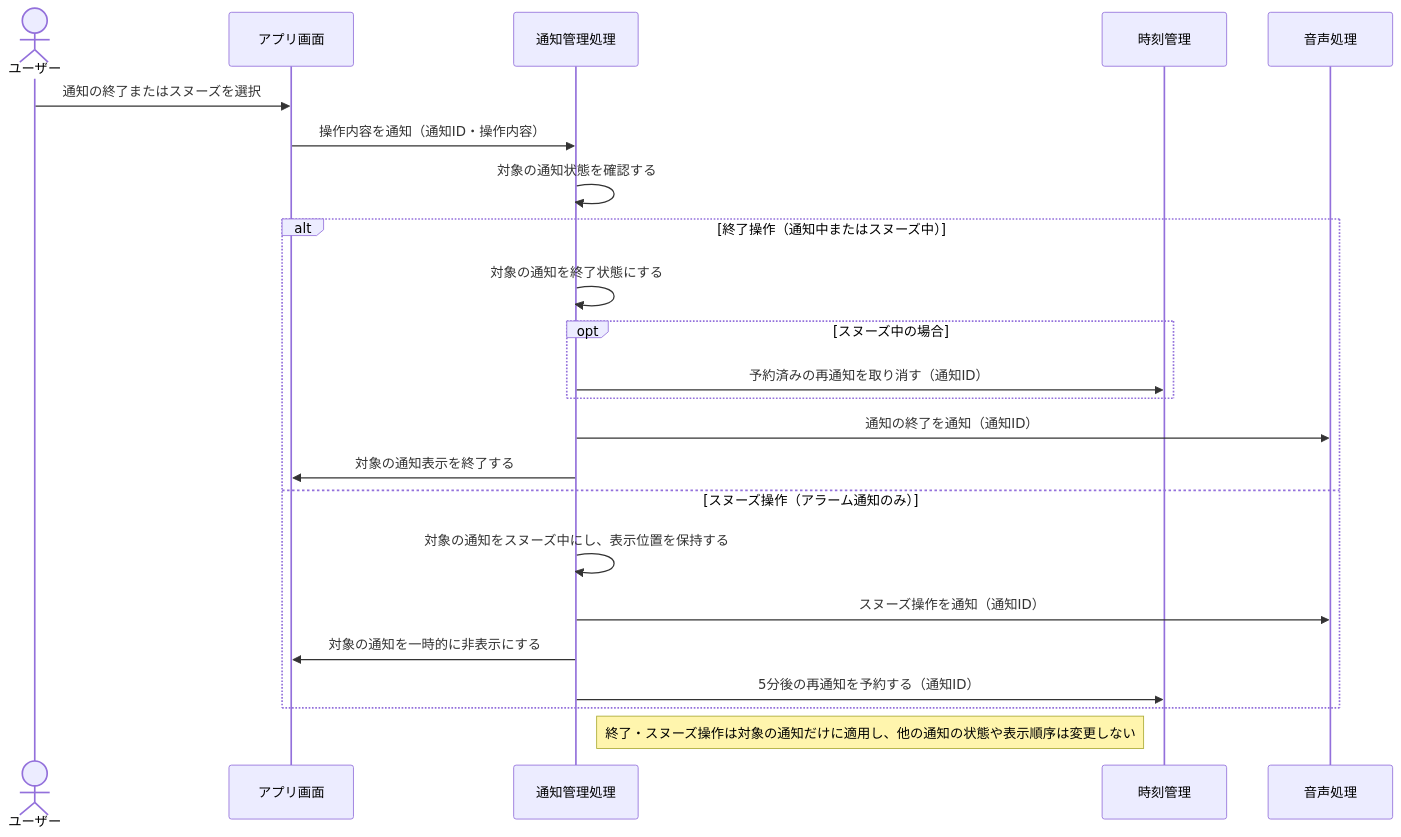
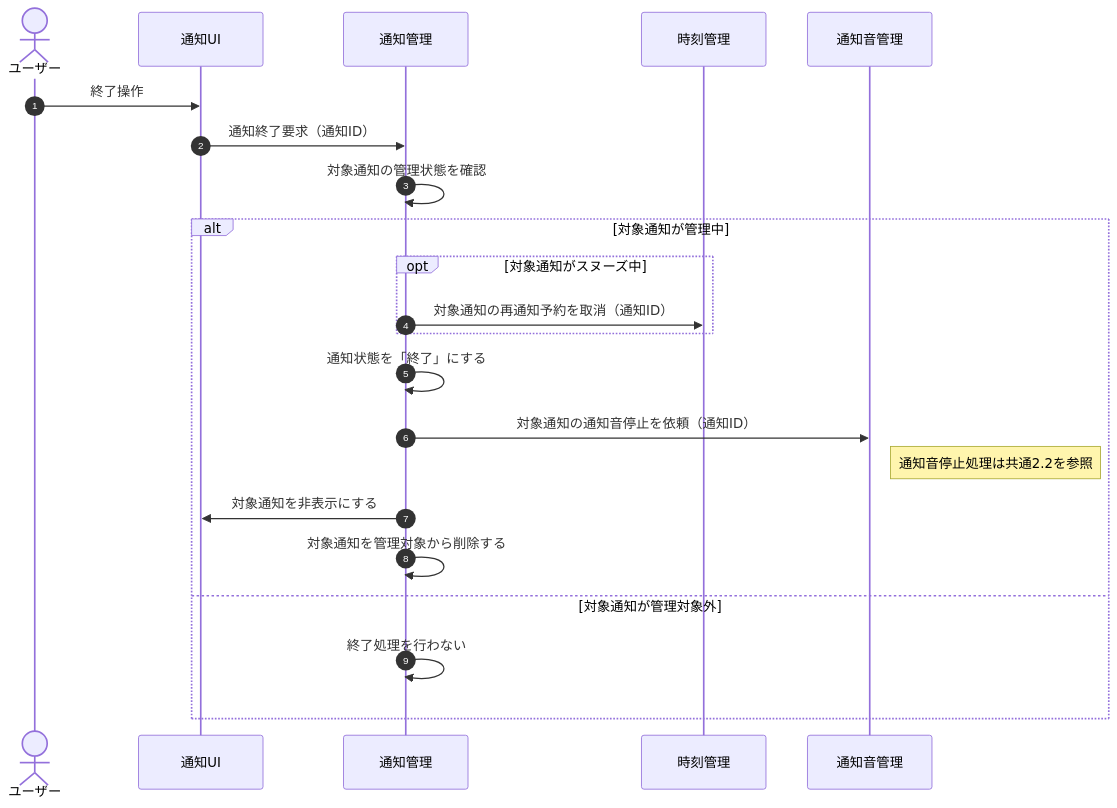
The second of 7 diagrams in document/設計/シーケンス図/共通シーケンス図.md (shun62201234-crypto/timerApplication), drawn with Mermaid before and after one commit. The commit also changed other lines of this file, not shown here.

First line of the commit message:
共通シーケンス図の整理と重複処理の統合

````diff
--- a/document/設計/シーケンス図/共通シーケンス図.md
+++ b/document/設計/シーケンス図/共通シーケンス図.md
@@ -53,31 +30,29 @@
 ```mermaid
 sequenceDiagram
+    autonumber
     actor User as ユーザー
-    participant UI as アプリ画面
-    participant Notify as 通知管理処理
+    participant UI as 通知UI
+    participant Notify as 通知管理
     participant Clock as 時刻管理
-    participant Audio as 音声処理
+    participant Audio as 通知音管理
 
-    User->>UI: 通知の終了またはスヌーズを選択
-    UI->>Notify: 操作内容を通知（通知ID・操作内容）
-    Notify->>Notify: 対象の通知状態を確認する
+    User->>UI: 終了操作
+    UI->>Notify: 通知終了要求（通知ID）
 
-    alt 終了操作（通知中またはスヌーズ中）
-        Notify->>Notify: 対象の通知を終了状態にする
+    Notify->>Notify: 対象通知の管理状態を確認
 
-        opt スヌーズ中の場合
-            Notify->>Clock: 予約済みの再通知を取り消す（通知ID）
+    alt 対象通知が管理中
+        opt 対象通知がスヌーズ中
+            Notify->>Clock: 対象通知の再通知予約を取消（通知ID）
         end
 
-        Notify->>Audio: 通知の終了を通知（通知ID）
-        Notify->>UI: 対象の通知表示を終了する
+        Notify->>Notify: 通知状態を「終了」にする
+        Notify->>Audio: 対象通知の通知音停止を依頼（通知ID）
+        Note right of Audio: 通知音停止処理は共通2.2を参照
 
-    else スヌーズ操作（アラーム通知のみ）
-        Notify->>Notify: 対象の通知をスヌーズ中にし、表示位置を保持する
-        Notify->>Audio: スヌーズ操作を通知（通知ID）
-        Notify->>UI: 対象の通知を一時的に非表示にする
-        Notify->>Clock: 5分後の再通知を予約する（通知ID）
+        Notify->>UI: 対象通知を非表示にする
+        Notify->>Notify: 対象通知を管理対象から削除する
+    else 対象通知が管理対象外
+        Notify->>Notify: 終了処理を行わない
     end
-
-    Note right of Notify: 終了・スヌーズ操作は対象の通知だけに適用し、他の通知の状態や表示順序は変更しない
 ```
````
